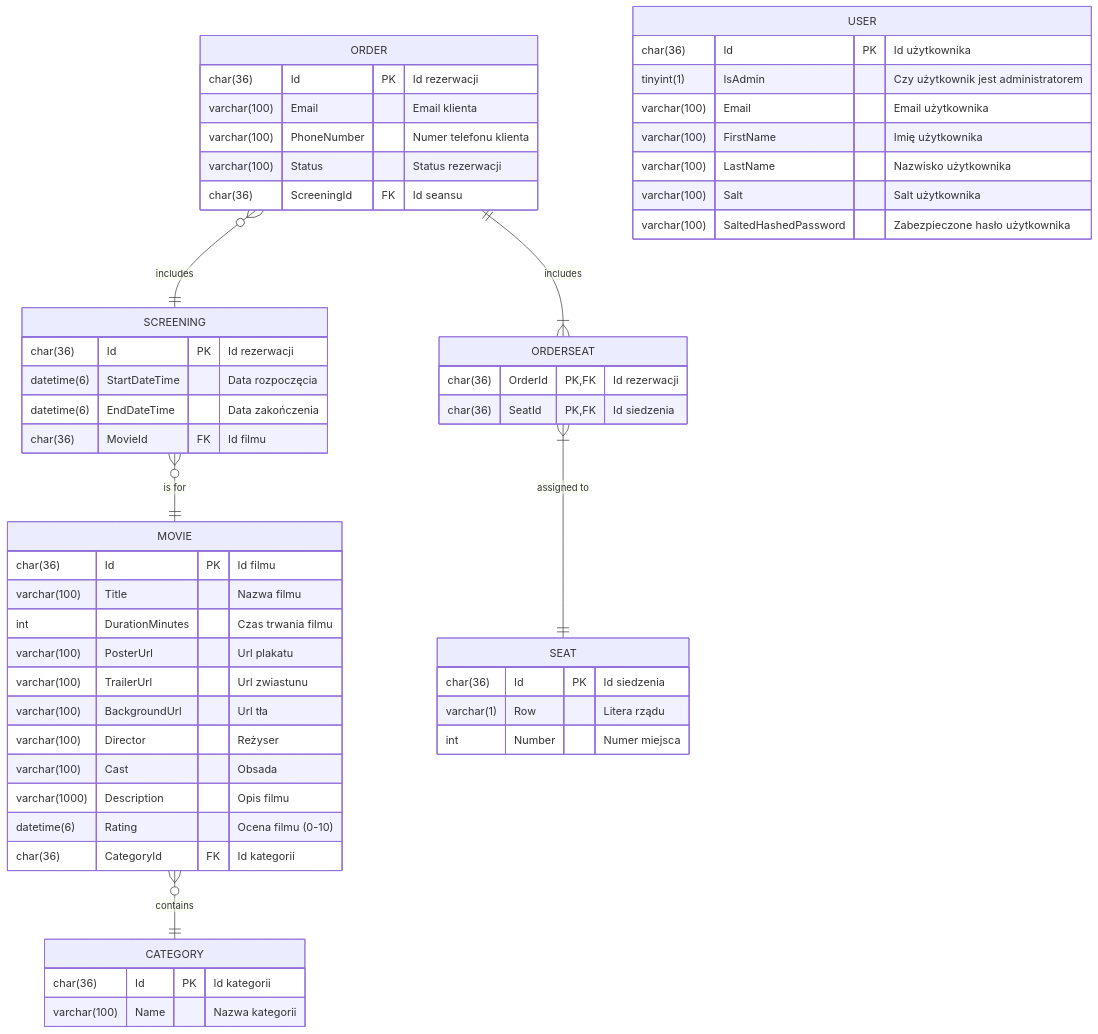
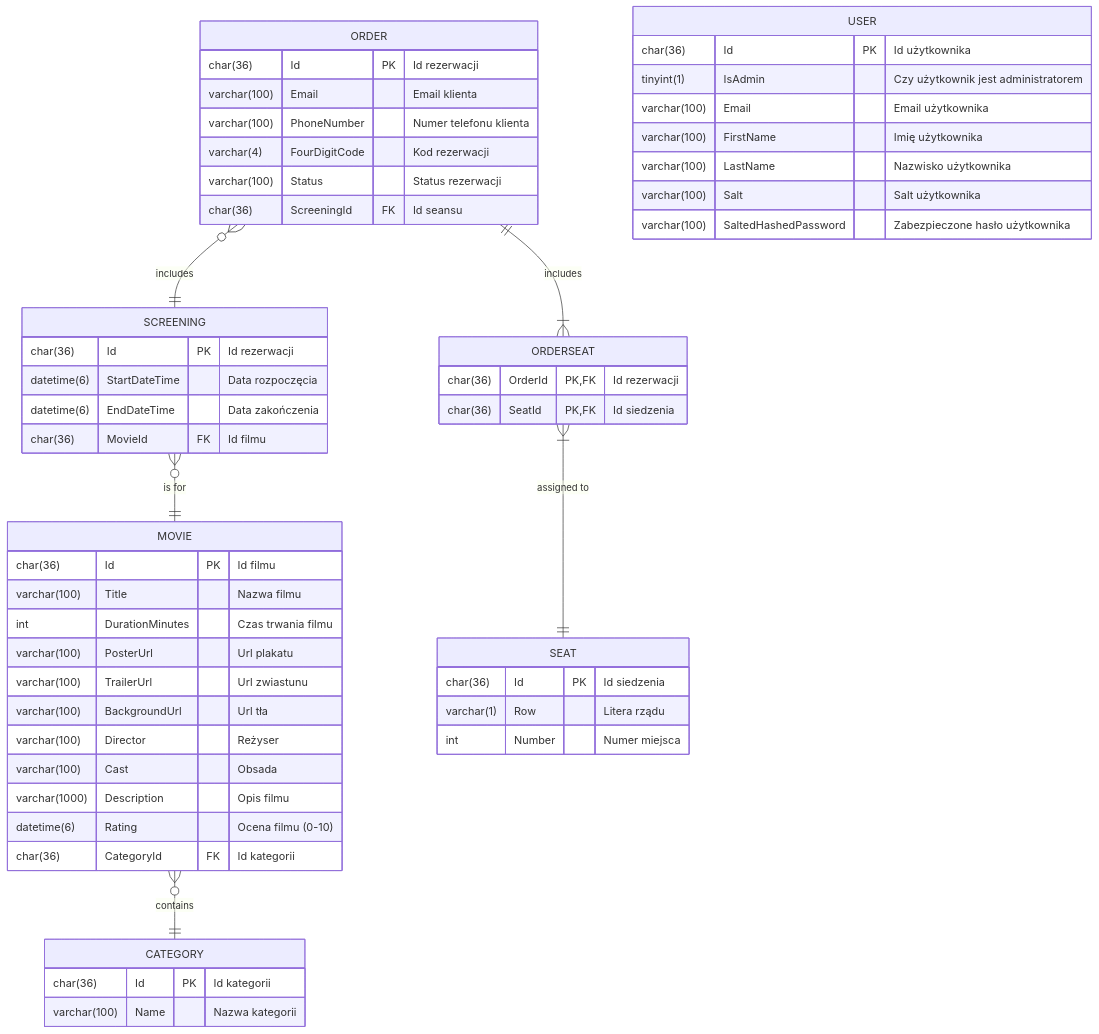
The diagram in README.md (NorbertKaczmarek/cinema), drawn with Mermaid before and after one commit.

````diff
--- a/README.md
+++ b/README.md
@@ -15,64 +15,65 @@
 ```mermaid
 erDiagram
     ORDER       }o--||  SCREENING   : "includes"
     SCREENING   }o--||  MOVIE       : "is for"
     MOVIE       }o--||  CATEGORY    : "contains"
     
     ORDER       ||--|{  ORDERSEAT   : "includes"
     ORDERSEAT   }|--||  SEAT        : "assigned to"
 
     ORDER {
         char(36)        Id              PK  "Id rezerwacji"
         varchar(100)    Email               "Email klienta"
         varchar(100)    PhoneNumber         "Numer telefonu klienta"
+        varchar(4)      FourDigitCode       "Kod rezerwacji"
         varchar(100)    Status              "Status rezerwacji"
         char(36)        ScreeningId     FK  "Id seansu"
     }
 
     SCREENING {
         char(36)        Id              PK  "Id rezerwacji"
         datetime(6)     StartDateTime       "Data rozpoczęcia"
         datetime(6)     EndDateTime         "Data zakończenia"
         char(36)        MovieId         FK  "Id filmu"
     }
     
     MOVIE {
         char(36)        Id              PK  "Id filmu"
         varchar(100)    Title               "Nazwa filmu"
         int             DurationMinutes     "Czas trwania filmu"
         varchar(100)    PosterUrl           "Url plakatu"
         varchar(100)    TrailerUrl          "Url zwiastunu"
         varchar(100)    BackgroundUrl       "Url tła"
         varchar(100)    Director            "Reżyser"
         varchar(100)    Cast                "Obsada"
         varchar(1000)   Description         "Opis filmu"
         datetime(6)     Rating              "Ocena filmu (0-10)"
         char(36)        CategoryId      FK  "Id kategorii"
     }
     
     CATEGORY {
         char(36)        Id              PK  "Id kategorii"
         varchar(100)    Name                "Nazwa kategorii"
     }
     
     SEAT {
         char(36)        Id              PK  "Id siedzenia"
         varchar(1)      Row                 "Litera rządu"
         int             Number              "Numer miejsca"
     }
     
     ORDERSEAT {
         char(36)        OrderId         PK,FK  	"Id rezerwacji"
         char(36)        SeatId          PK,FK  	"Id siedzenia"
     }
     
     USER {
         char(36)        Id              PK  	"Id użytkownika"
         tinyint(1)      IsAdmin             	"Czy użytkownik jest administratorem"
         varchar(100)    Email               	"Email użytkownika"
         varchar(100)    FirstName           	"Imię użytkownika"
         varchar(100)    LastName            	"Nazwisko użytkownika"
         varchar(100)    Salt		        	"Salt użytkownika"
         varchar(100)    SaltedHashedPassword	"Zabezpieczone hasło użytkownika"
     }
 ```
````
